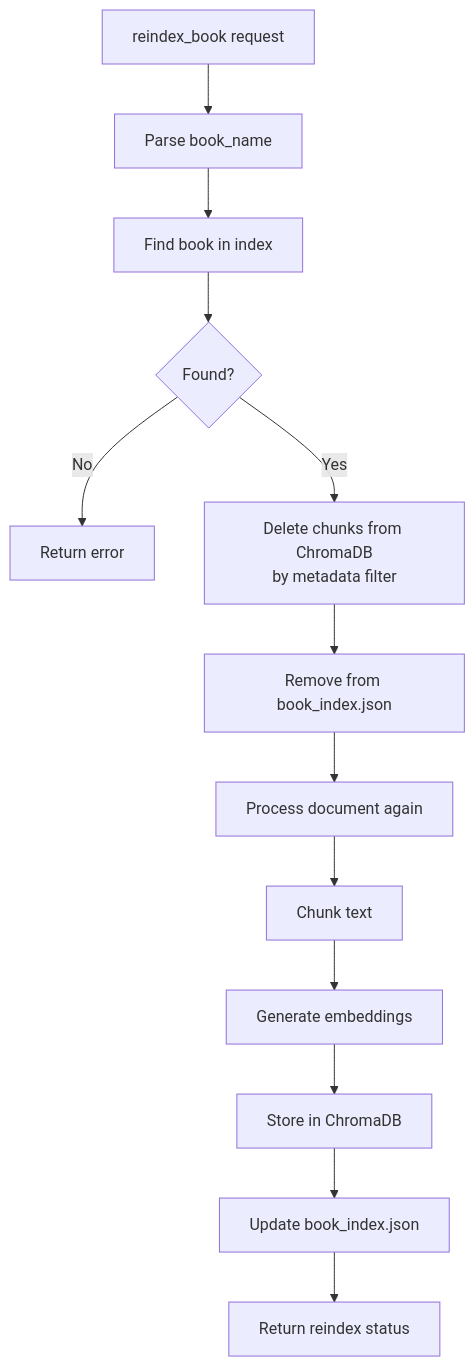
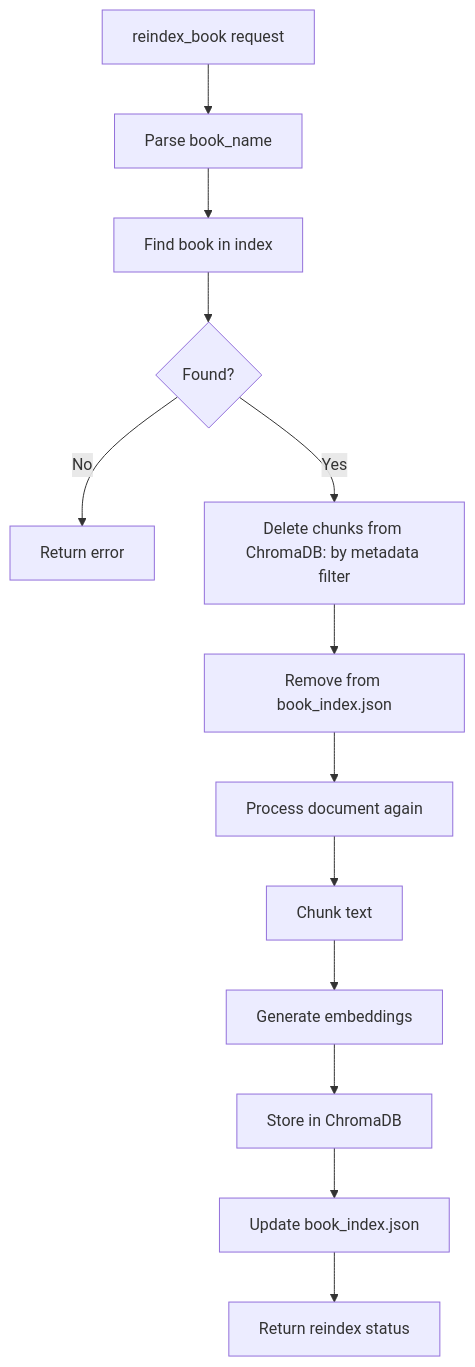
Before and after one commit to hpoliset/PersonalDocLibraryRAGMCP: diagram 20 of 22 in docs/ARCHITECTURE.md, drawn with Mermaid. The commit also changed other lines of this file and 2 other files, not shown here.

First line of the commit message:
Update documentation with upgrade instructions and fix architecture diagrams

````diff
--- a/docs/ARCHITECTURE.md
+++ b/docs/ARCHITECTURE.md
@@ -522,15 +504,15 @@
 ```mermaid
-flowchart TD
+graph TD
     START[reindex_book request] --> PARAM[Parse book_name]
     PARAM --> FIND_BOOK[Find book in index]
     FIND_BOOK --> FOUND{Found?}
     FOUND -->|No| ERROR[Return error]
-    FOUND -->|Yes| REMOVE_CHUNKS[Delete chunks from ChromaDB<br/>by metadata filter]
+    FOUND -->|Yes| REMOVE_CHUNKS[Delete chunks from ChromaDB: by metadata filter]
     REMOVE_CHUNKS --> REMOVE_INDEX[Remove from book_index.json]
     REMOVE_INDEX --> PROCESS_DOC[Process document again]
     PROCESS_DOC --> CHUNK[Chunk text]
     CHUNK --> EMBED[Generate embeddings]
     EMBED --> STORE[Store in ChromaDB]
     STORE --> UPDATE_INDEX[Update book_index.json]
     UPDATE_INDEX --> RESPONSE[Return reindex status]
 ```
````
